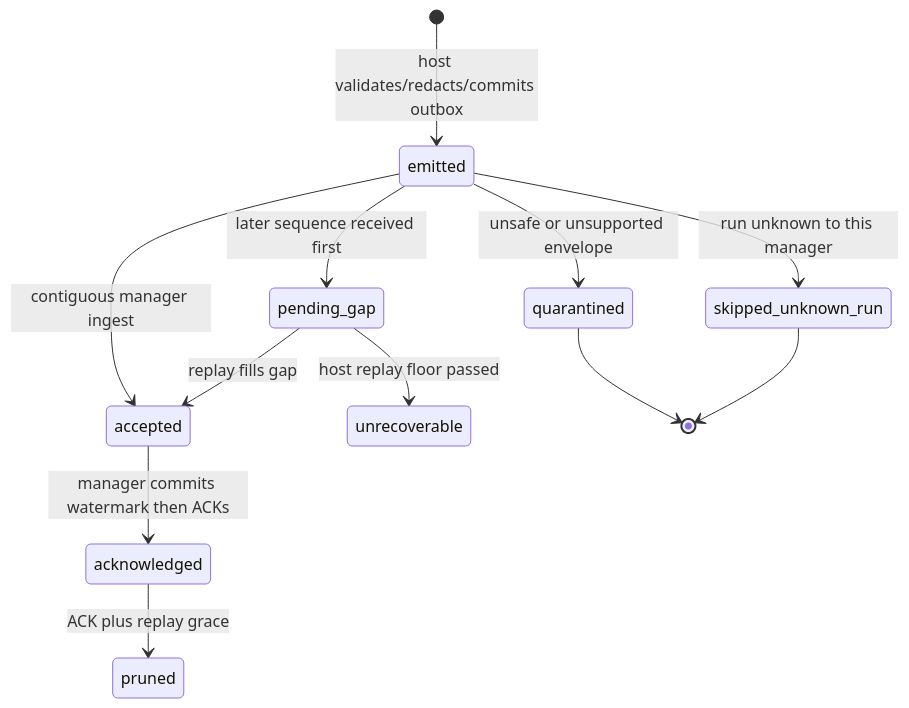
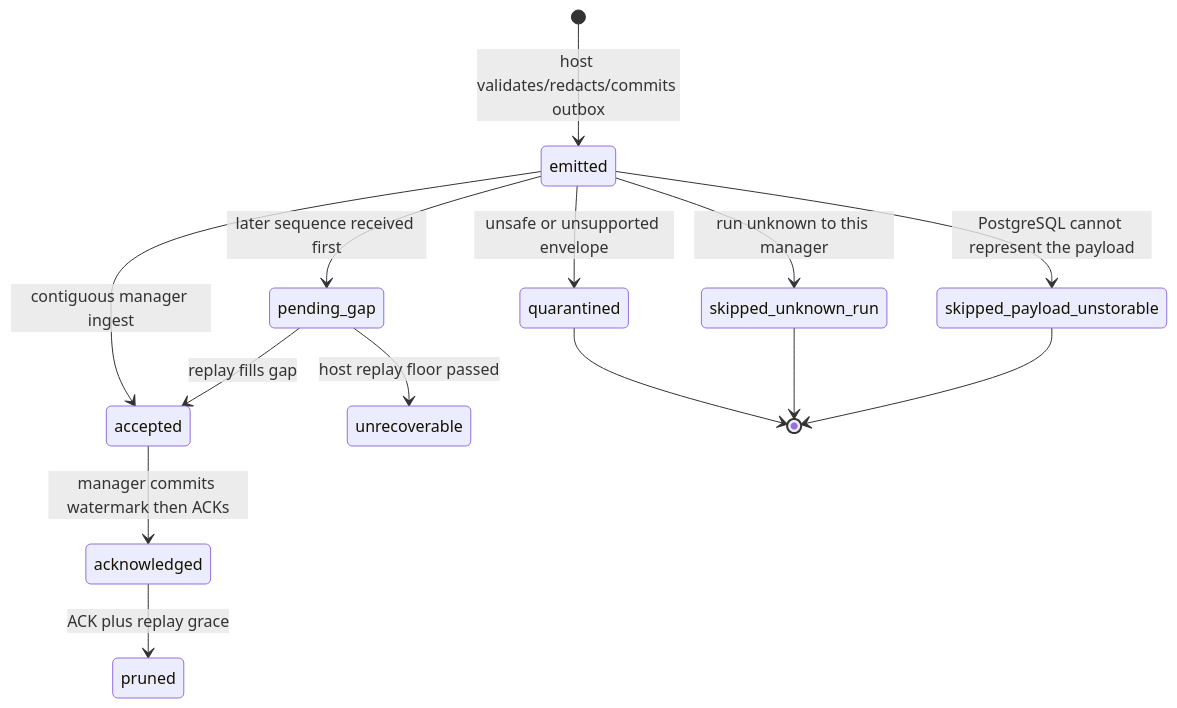
One commit to maister-dev/maister changed the first of 2 diagrams in docs/system-analytics/execution-event-plane.md. Above: the diagram before and after it, drawn with Mermaid. The commit also changed other lines of this file and 3 other files, not shown here.

````diff
--- a/docs/system-analytics/execution-event-plane.md
+++ b/docs/system-analytics/execution-event-plane.md
@@ -31,14 +32,16 @@
 ```mermaid
 stateDiagram-v2
   [*] --> emitted: host validates/redacts/commits outbox
   emitted --> pending_gap: later sequence received first
   emitted --> accepted: contiguous manager ingest
   pending_gap --> accepted: replay fills gap
   accepted --> acknowledged: manager commits watermark then ACKs
   pending_gap --> unrecoverable: host replay floor passed
   emitted --> quarantined: unsafe or unsupported envelope
   quarantined --> [*]
   emitted --> skipped_unknown_run: run unknown to this manager
   skipped_unknown_run --> [*]
+  emitted --> skipped_payload_unstorable: PostgreSQL cannot represent the payload
+  skipped_payload_unstorable --> [*]
   acknowledged --> pruned: ACK plus replay grace
 ```
````
